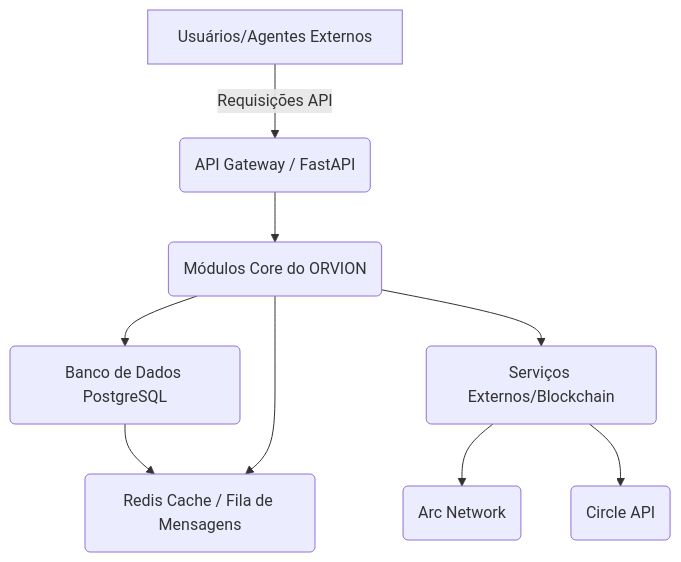
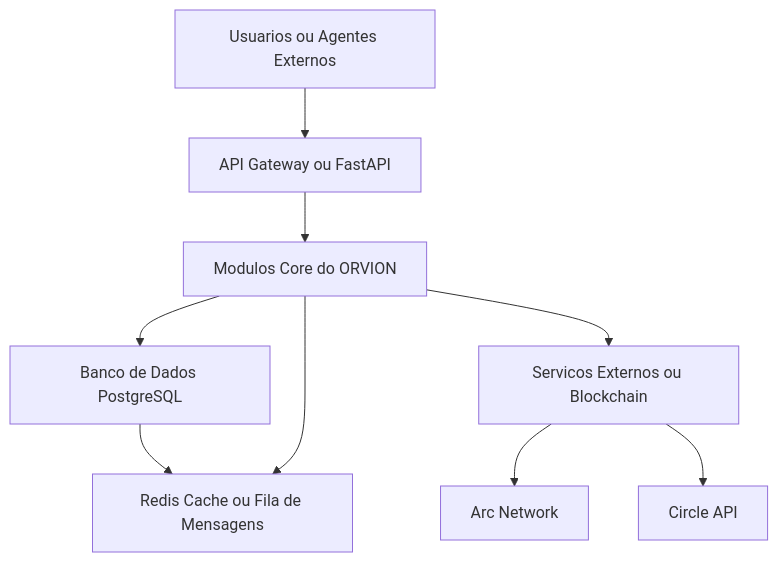
The first of 2 diagrams in docs/ARCHITECTURE.md (psycall/Pocket-Oracle-The-Phone-as-an-Agent-Marketplace), drawn with Mermaid before and after one commit. The commit also changed other lines of this file and 1 other file, not shown here.

Commit message:
Fix: Corrected Mermaid diagram syntax for GitHub rendering

````diff
--- a/docs/ARCHITECTURE.md
+++ b/docs/ARCHITECTURE.md
@@ -9,11 +9,11 @@
 ```mermaid
 graph TD
-    A[Usuários/Agentes Externos] -->|Requisições API| B(API Gateway / FastAPI)
-    B --> C(Módulos Core do ORVION)
-    C --> D(Banco de Dados PostgreSQL)
-    C --> E(Serviços Externos/Blockchain)
-    E --> F(Arc Network)
-    E --> G(Circle API)
-    D --> H(Redis Cache / Fila de Mensagens)
+    A[Usuarios ou Agentes Externos] --> B[API Gateway ou FastAPI]
+    B --> C[Modulos Core do ORVION]
+    C --> D[Banco de Dados PostgreSQL]
+    C --> E[Servicos Externos ou Blockchain]
+    E --> F[Arc Network]
+    E --> G[Circle API]
+    D --> H[Redis Cache ou Fila de Mensagens]
     C --> H
 ```
````
